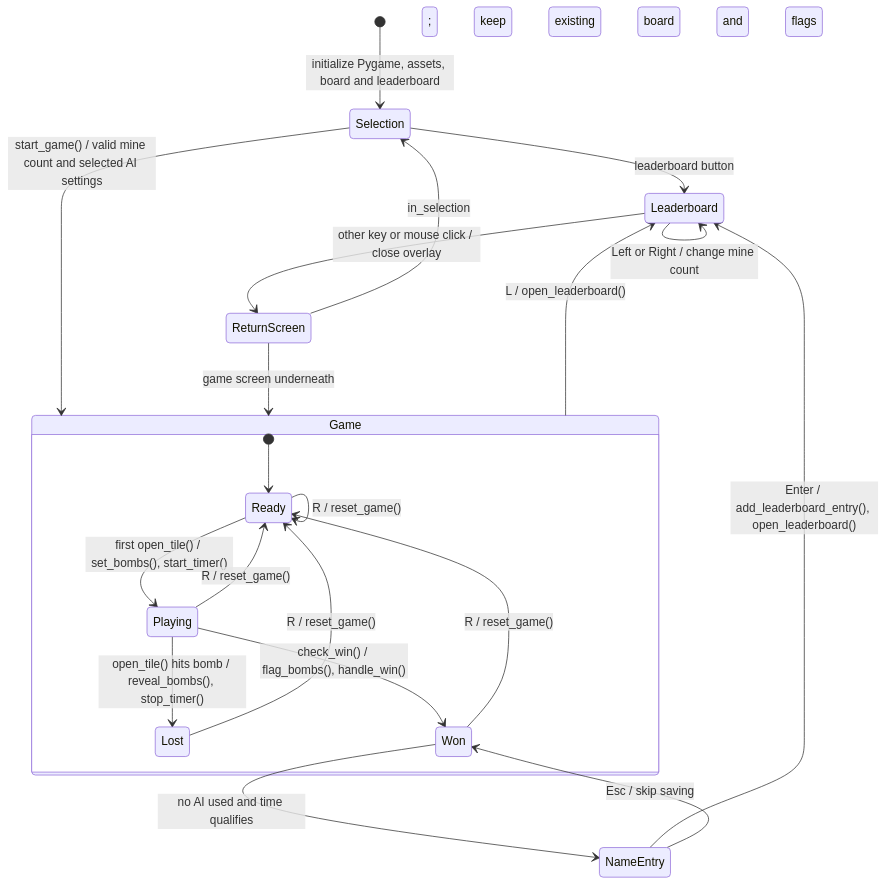
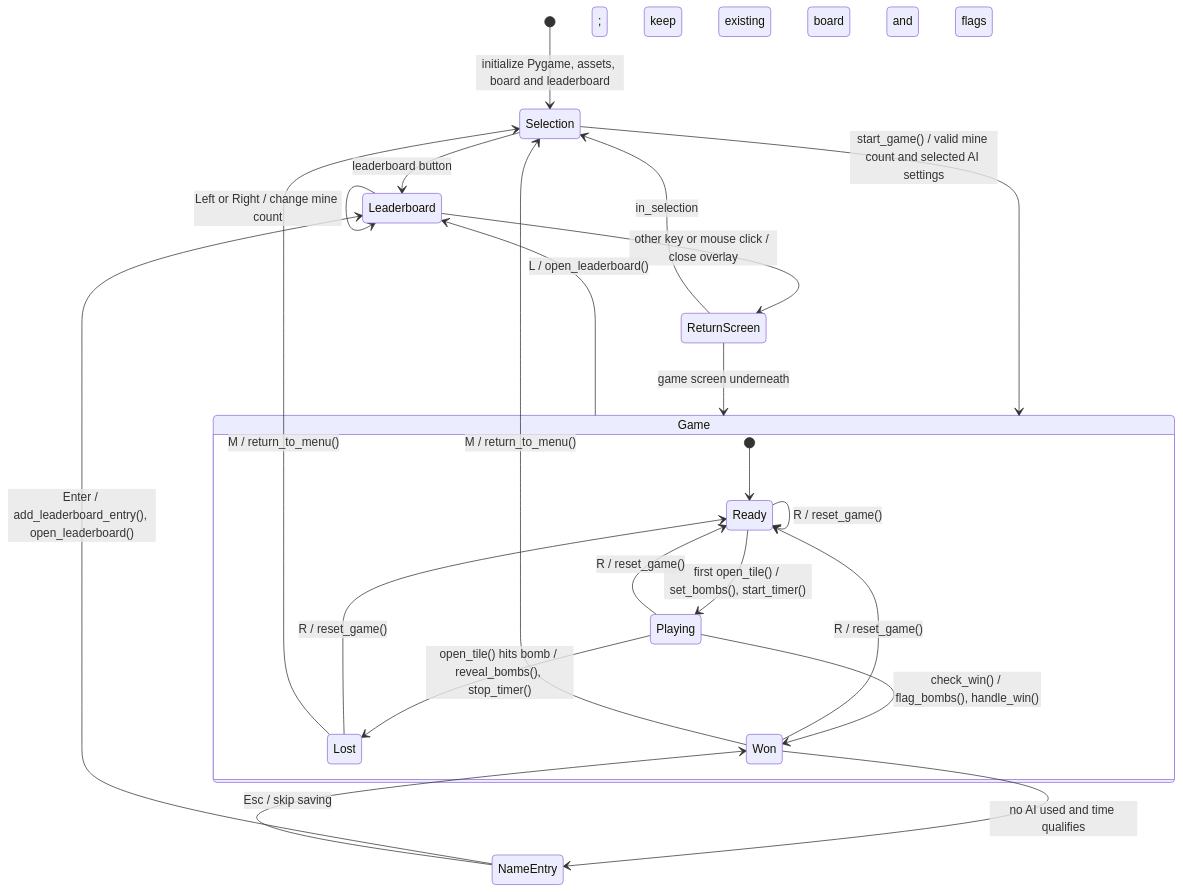
Before and after one commit to DrewMedlock1/EECS-581-Project-2-Group-1: the fourth of 5 diagrams in documentation/NewUML.md, drawn with Mermaid. The commit also changed 1 other file, not shown here.

Commit message:
Add return to menu feature
Adds a feature which allows the user to return to the menu once the game has been finished without requiring the user to restart the program.

````diff
--- a/documentation/NewUML.md
+++ b/documentation/NewUML.md
@@ -313,27 +313,29 @@
 ```mermaid
 stateDiagram-v2
     [*] --> Selection : initialize Pygame, assets, board and leaderboard
     Selection --> Game : start_game() / valid mine count and selected AI settings
 
     state Game {
         [*] --> Ready
         Ready --> Playing : first open_tile() / set_bombs(), start_timer()
         Playing --> Lost : open_tile() hits bomb / reveal_bombs(), stop_timer()
         Playing --> Won : check_win() / flag_bombs(), handle_win()
         Ready --> Ready : R / reset_game()
         Playing --> Ready : R / reset_game()
         Lost --> Ready : R / reset_game()
         Won --> Ready : R / reset_game()
     }
 
+    Won --> Selection : M / return_to_menu()
+    Lost --> Selection : M / return_to_menu()
     Won --> NameEntry : no AI used and time qualifies
     NameEntry --> Leaderboard : Enter / add_leaderboard_entry(), open_leaderboard()
     NameEntry --> Won : Esc / skip saving
     Selection --> Leaderboard : leaderboard button
     Game --> Leaderboard : L / open_leaderboard()
     Leaderboard --> Leaderboard : Left or Right / change mine count
     Leaderboard --> ReturnScreen : other key or mouse click / close overlay
     state ReturnScreen <<choice>>
     ReturnScreen --> Selection : in_selection
     ReturnScreen --> Game : game screen underneath; keep existing board and flags
 ```
````
